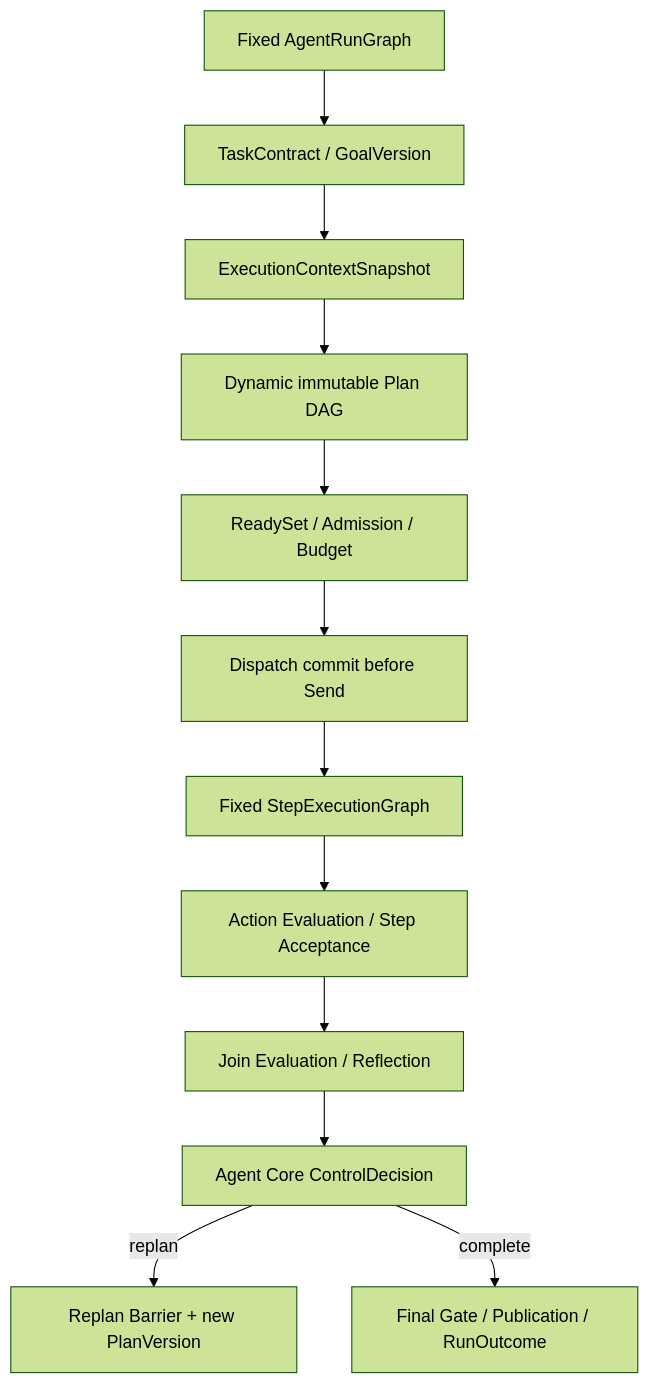
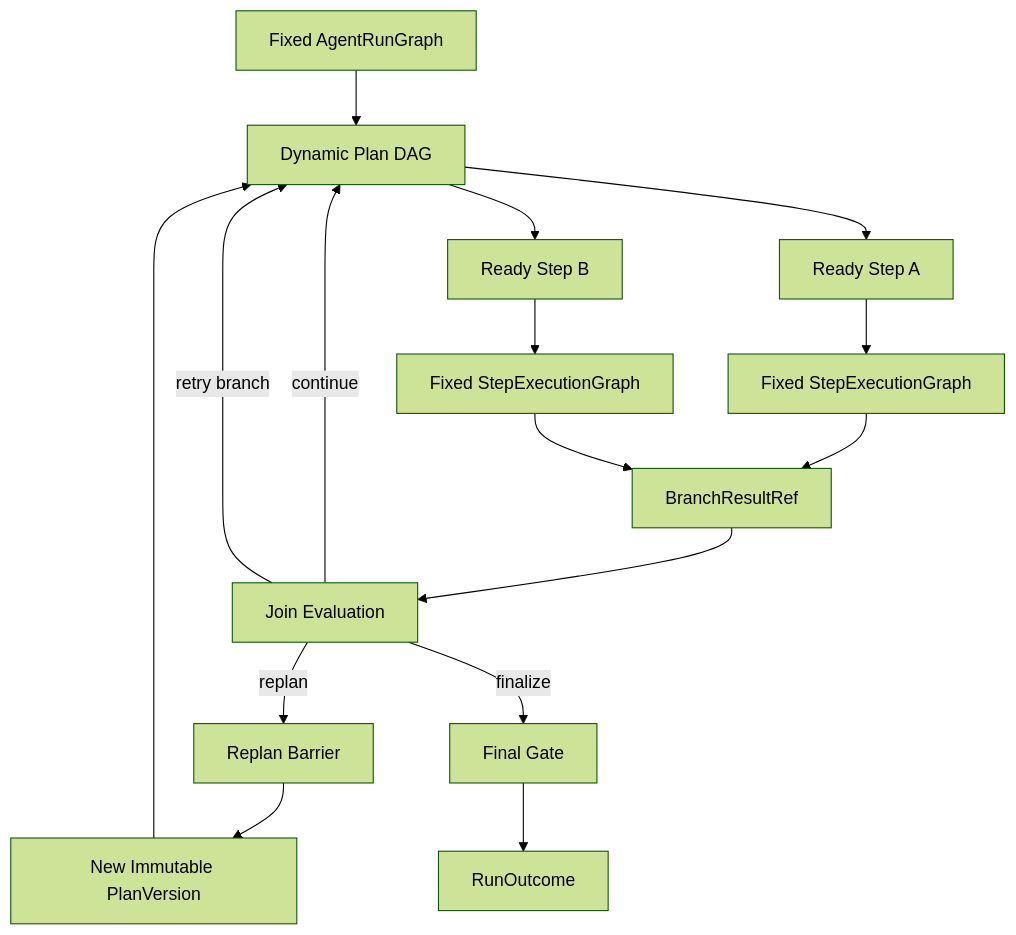
Before and after one commit to ProfessorZhi/Zuno: the fourth of 17 diagrams in docs/architecture/architecture-views.md, drawn with Mermaid (forest theme). The commit also changed other lines of this file, not shown here.

Commit message:
docs(architecture): refresh architecture v2 visual atlas [agent=chatgpt model=gpt-5.6-thinking worker=chatgpt-architecture-v2-001]

````diff
--- a/docs/architecture/architecture-views.md
+++ b/docs/architecture/architecture-views.md
@@ -41,14 +130,18 @@
 ```mermaid
 flowchart TB
-  RUN[Fixed AgentRunGraph] --> TASK[TaskContract / GoalVersion]
-  TASK --> SNAP[ExecutionContextSnapshot]
-  SNAP --> PLAN[Dynamic immutable Plan DAG]
-  PLAN --> READY[ReadySet / Admission / Budget]
-  READY --> DISPATCH[Dispatch commit before Send]
-  DISPATCH --> STEP[Fixed StepExecutionGraph]
-  STEP --> ACCEPT[Action Evaluation / Step Acceptance]
-  ACCEPT --> JOIN[Join Evaluation / Reflection]
-  JOIN --> DECIDE[Agent Core ControlDecision]
-  DECIDE -->|replan| BARRIER[Replan Barrier + new PlanVersion]
-  DECIDE -->|complete| FINAL[Final Gate / Publication / RunOutcome]
+    RG[Fixed AgentRunGraph] --> PD[Dynamic Plan DAG]
+    PD --> R1[Ready Step A]
+    PD --> R2[Ready Step B]
+    R1 --> SG1[Fixed StepExecutionGraph]
+    R2 --> SG2[Fixed StepExecutionGraph]
+    SG1 --> BR[BranchResultRef]
+    SG2 --> BR
+    BR --> J[Join Evaluation]
+    J -->|continue| PD
+    J -->|retry branch| PD
+    J -->|replan| RB[Replan Barrier]
+    RB --> NP[New Immutable PlanVersion]
+    NP --> PD
+    J -->|finalize| FG[Final Gate]
+    FG --> RO[RunOutcome]
 ```
````
